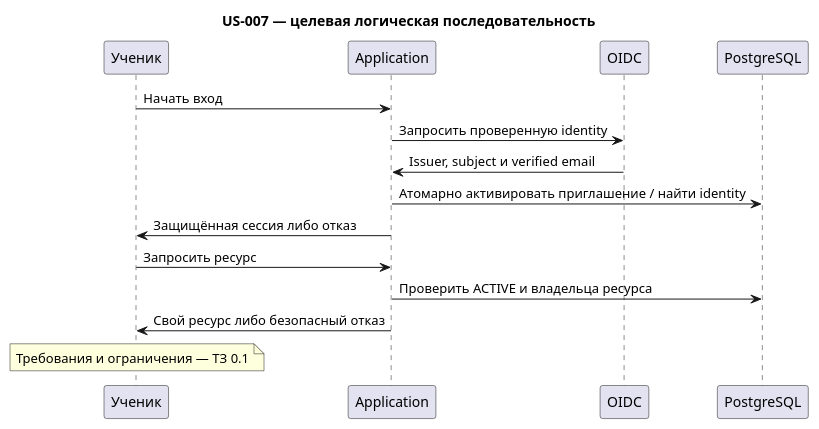
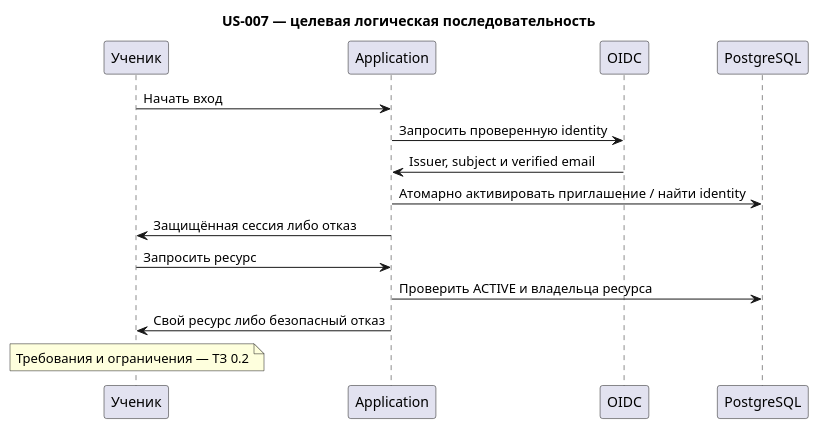
Before and after one commit to roafo1989/guitar-mentor-ai: the diagram in docs/diagrams/us-007-sequence.puml, drawn with PlantUML. The commit also changed 14 other files, not shown here.

```diff
--- a/docs/diagrams/us-007-sequence.puml
+++ b/docs/diagrams/us-007-sequence.puml
@@ -1,18 +1,18 @@
 @startuml
 title US-007 — целевая логическая последовательность
 participant "Ученик" as p0
 participant "Application" as p1
 participant "OIDC" as p2
 participant "PostgreSQL" as p3
 p0 -> p1: Начать вход
 p1 -> p2: Запросить проверенную identity
 p2 -> p1: Issuer, subject и verified email
 p1 -> p3: Атомарно активировать приглашение / найти identity
 p1 -> p0: Защищённая сессия либо отказ
 p0 -> p1: Запросить ресурс
 p1 -> p3: Проверить ACTIVE и владельца ресурса
 p1 -> p0: Свой ресурс либо безопасный отказ
 note over p0
-  Требования и ограничения — ТЗ 0.1
+  Требования и ограничения — ТЗ 0.2
 end note
 @enduml
```
